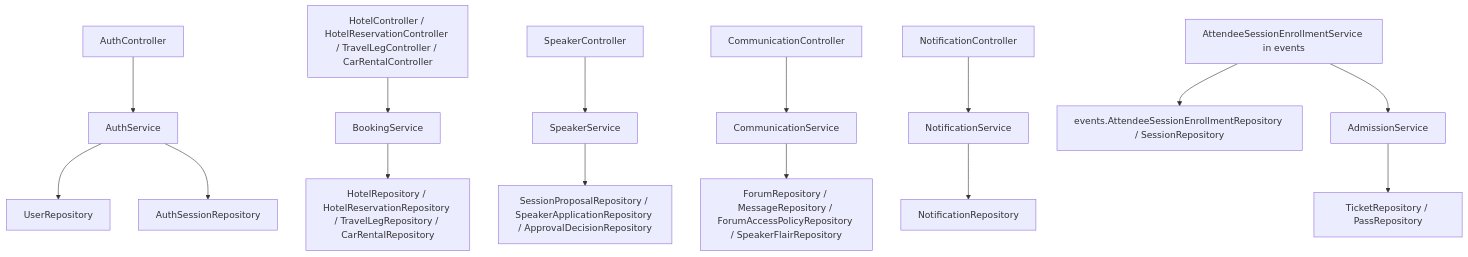
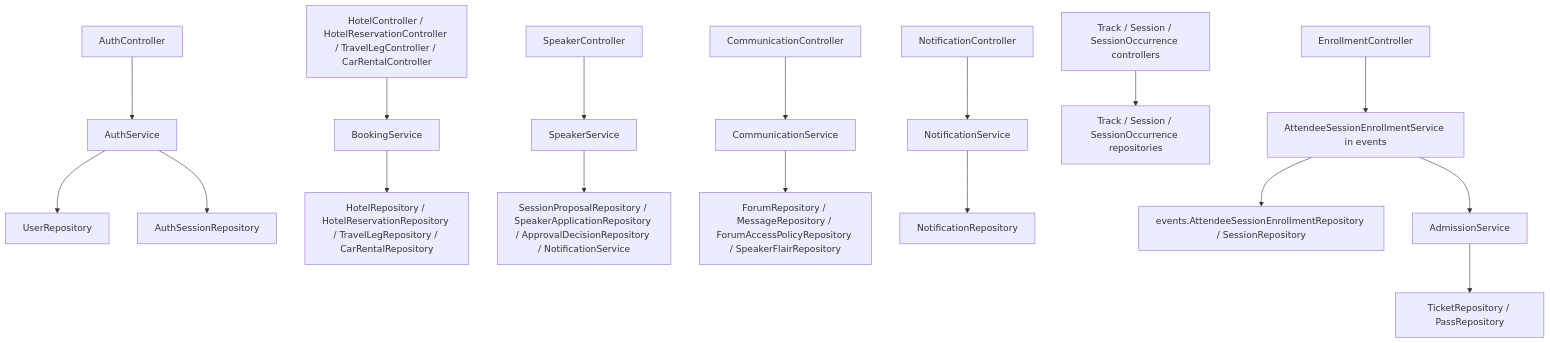
The second of 4 diagrams in BACKEND_STRUCTURE.md (SparkCitySTEAMConvention/STEAMCon), drawn with Mermaid before and after one commit. The commit also changed other lines of this file and 3 other files, not shown here.

````diff
--- a/BACKEND_STRUCTURE.md
+++ b/BACKEND_STRUCTURE.md
@@ -53,17 +53,19 @@
 ```mermaid
 flowchart TD
     Auth[AuthController] --> AS[AuthService]
     AS --> UR[UserRepository]
     AS --> AR[AuthSessionRepository]
     Booking[HotelController / HotelReservationController / TravelLegController / CarRentalController] --> BS[BookingService]
     BS --> BR[HotelRepository / HotelReservationRepository / TravelLegRepository / CarRentalRepository]
     Speaker[SpeakerController] --> SS[SpeakerService]
-    SS --> SR[SessionProposalRepository / SpeakerApplicationRepository / ApprovalDecisionRepository]
+    SS --> SR[SessionProposalRepository / SpeakerApplicationRepository / ApprovalDecisionRepository / NotificationService]
     Communication[CommunicationController] --> CS[CommunicationService]
     CS --> CR[ForumRepository / MessageRepository / ForumAccessPolicyRepository / SpeakerFlairRepository]
     Notification[NotificationController] --> NS[NotificationService]
     NS --> NR[NotificationRepository]
+    EventControllers[Track / Session / SessionOccurrence controllers] --> EventRepos[Track / Session / SessionOccurrence repositories]
+    EnrollmentController[EnrollmentController] --> Enrollment
     Enrollment[AttendeeSessionEnrollmentService in events] --> ER[events.AttendeeSessionEnrollmentRepository / SessionRepository]
     Enrollment --> Admission[AdmissionService]
     Admission --> APR[TicketRepository / PassRepository]
 ```
````
